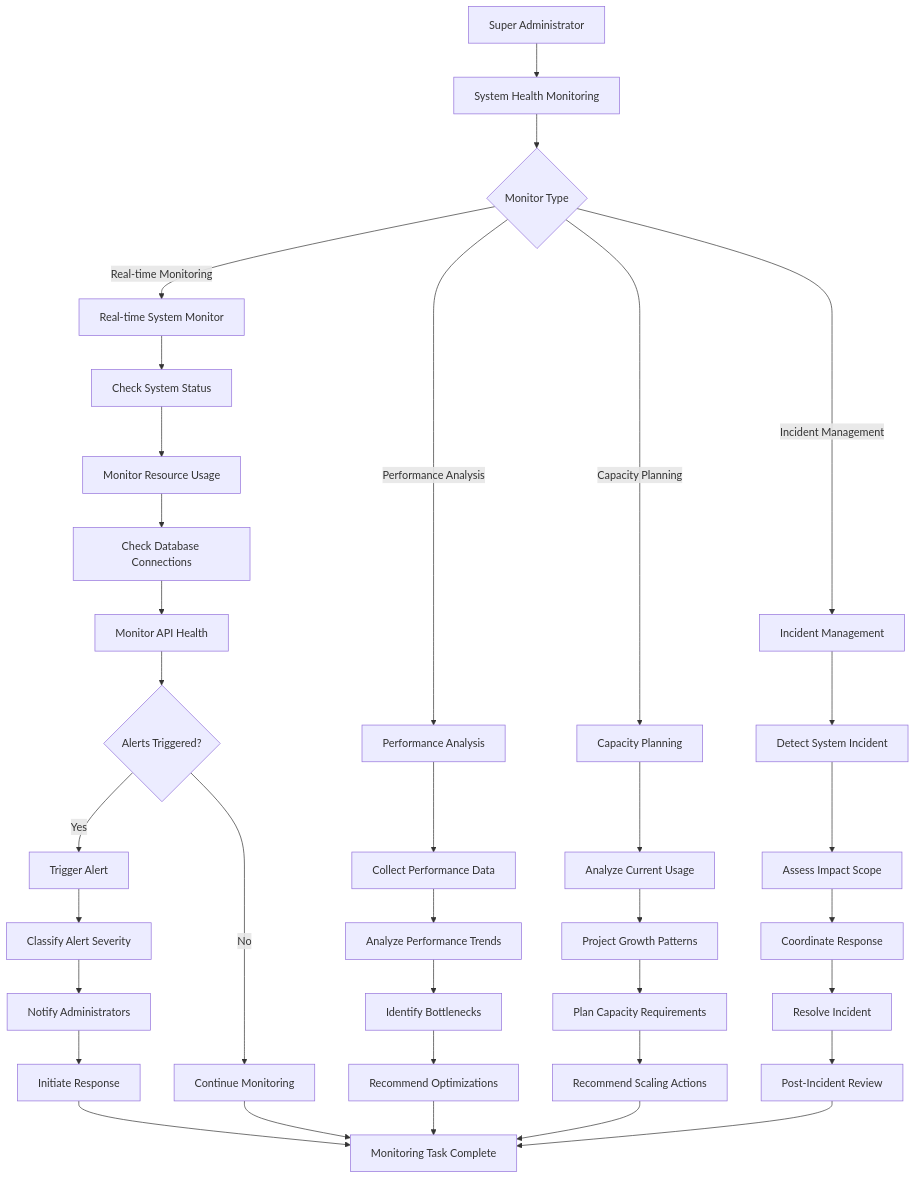
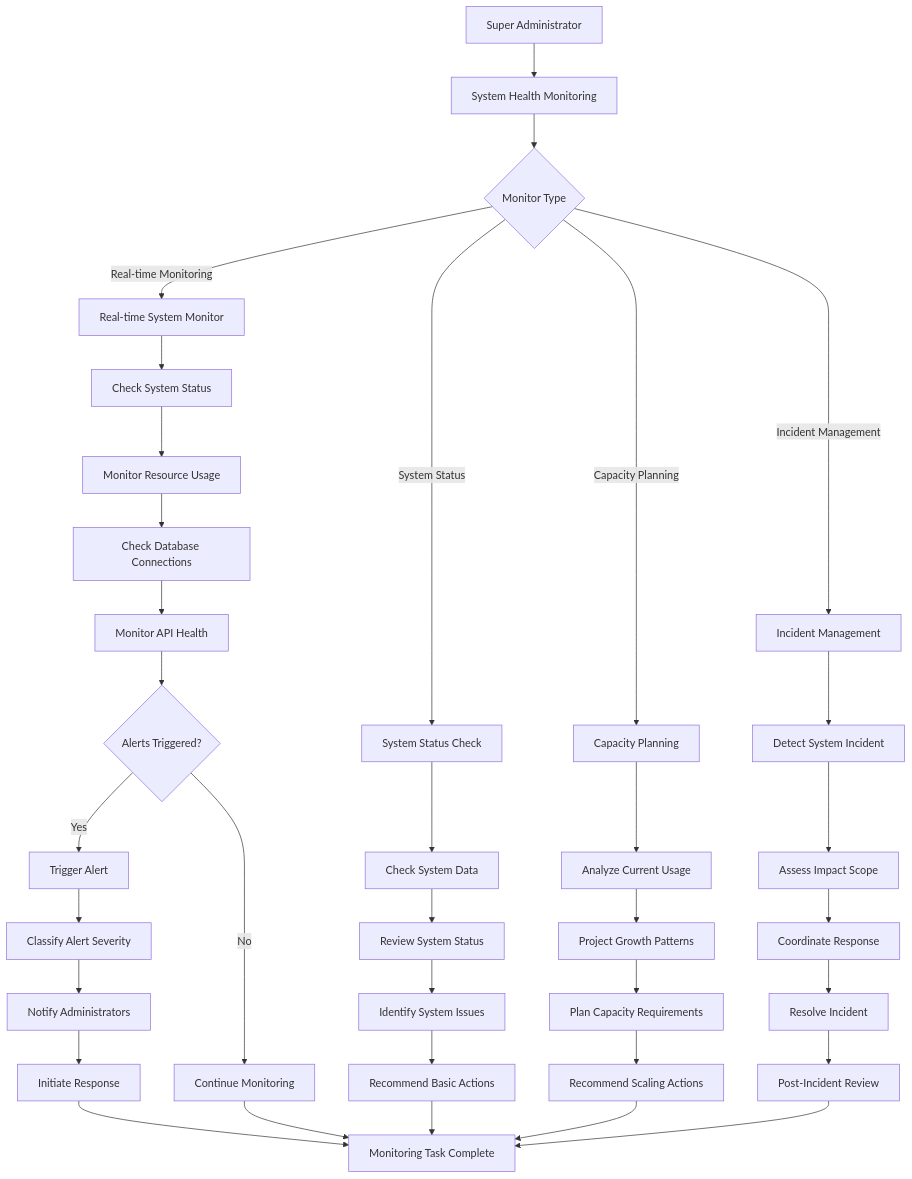
Diagram 20 of 23 in ai-smart-learning-renewal/super-admin/global-data-management/flows-and-diagrams.md (pzcuongnextchain/ai-smartlearn2-docs), drawn with Mermaid before and after one commit. The commit also changed other lines of this file and 4 other files, not shown here.

````diff
--- a/ai-smart-learning-renewal/super-admin/global-data-management/flows-and-diagrams.md
+++ b/ai-smart-learning-renewal/super-admin/global-data-management/flows-and-diagrams.md
@@ -659,45 +631,45 @@
 ```mermaid
 flowchart TD
     SA[Super Administrator] --> SHM[System Health Monitoring]
     SHM --> MonitorType{Monitor Type}
     
     MonitorType -->|Real-time Monitoring| RealTimeFlow[Real-time System Monitor]
-    MonitorType -->|Performance Analysis| PerfAnalysis[Performance Analysis]
+    MonitorType -->|System Status| SystemStatus[System Status Check]
     MonitorType -->|Capacity Planning| CapacityFlow[Capacity Planning]
     MonitorType -->|Incident Management| IncidentMgmt[Incident Management]
     
     RealTimeFlow --> CheckSystemStatus[Check System Status]
     CheckSystemStatus --> MonitorResources[Monitor Resource Usage]
     MonitorResources --> CheckConnections[Check Database Connections]
     CheckConnections --> MonitorAPIHealth[Monitor API Health]
     MonitorAPIHealth --> AlertCheck{Alerts Triggered?}
     
     AlertCheck -->|Yes| TriggerAlert[Trigger Alert]
     AlertCheck -->|No| ContinueMonitoring[Continue Monitoring]
     
     TriggerAlert --> ClassifyAlert[Classify Alert Severity]
     ClassifyAlert --> NotifyAdmins[Notify Administrators]
     NotifyAdmins --> InitiateResponse[Initiate Response]
     
-    PerfAnalysis --> CollectPerfData[Collect Performance Data]
-    CollectPerfData --> AnalyzeTrends[Analyze Performance Trends]
-    AnalyzeTrends --> IdentifyBottlenecks[Identify Bottlenecks]
-    IdentifyBottlenecks --> RecommendOptimizations[Recommend Optimizations]
+    SystemStatus --> CheckSystemData[Check System Data]
+    CheckSystemData --> ReviewStatus[Review System Status]
+    ReviewStatus --> IdentifyIssues[Identify System Issues]
+    IdentifyIssues --> RecommendActions[Recommend Basic Actions]
     
     CapacityFlow --> AnalyzeUsage[Analyze Current Usage]
     AnalyzeUsage --> ProjectGrowth[Project Growth Patterns]
     ProjectGrowth --> PlanCapacity[Plan Capacity Requirements]
     PlanCapacity --> RecommendScaling[Recommend Scaling Actions]
     
     IncidentMgmt --> DetectIncident[Detect System Incident]
     DetectIncident --> AssessImpact[Assess Impact Scope]
     AssessImpact --> CoordinateResponse[Coordinate Response]
     CoordinateResponse --> ResolveIncident[Resolve Incident]
     ResolveIncident --> PostIncidentReview[Post-Incident Review]
     
     InitiateResponse --> MonitoringComplete[Monitoring Task Complete]
     ContinueMonitoring --> MonitoringComplete
-    RecommendOptimizations --> MonitoringComplete
+    RecommendActions --> MonitoringComplete
     RecommendScaling --> MonitoringComplete
     PostIncidentReview --> MonitoringComplete
 ```
````
